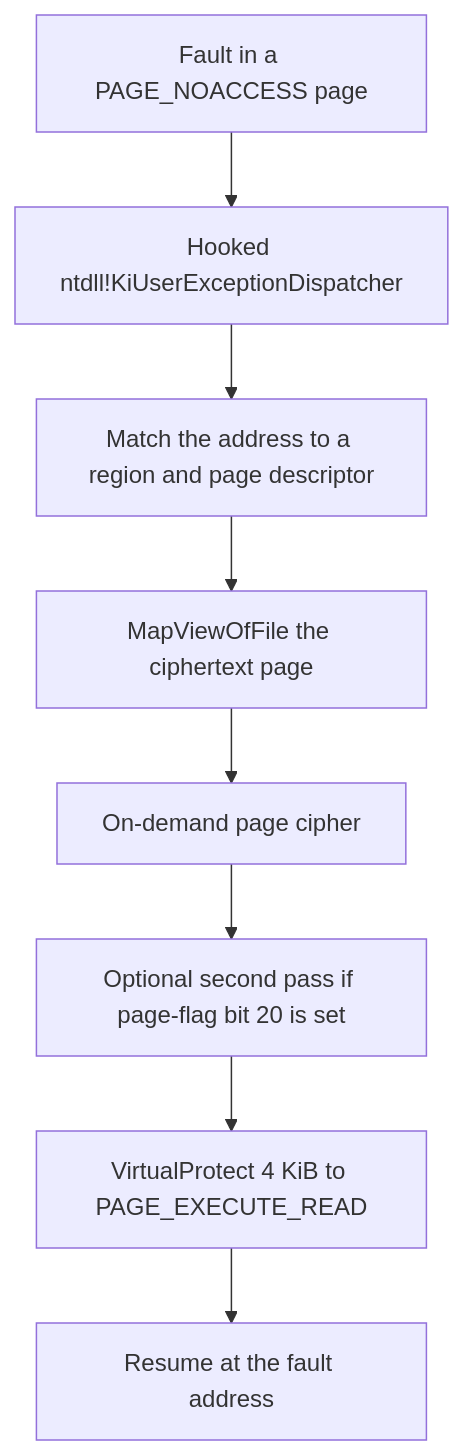
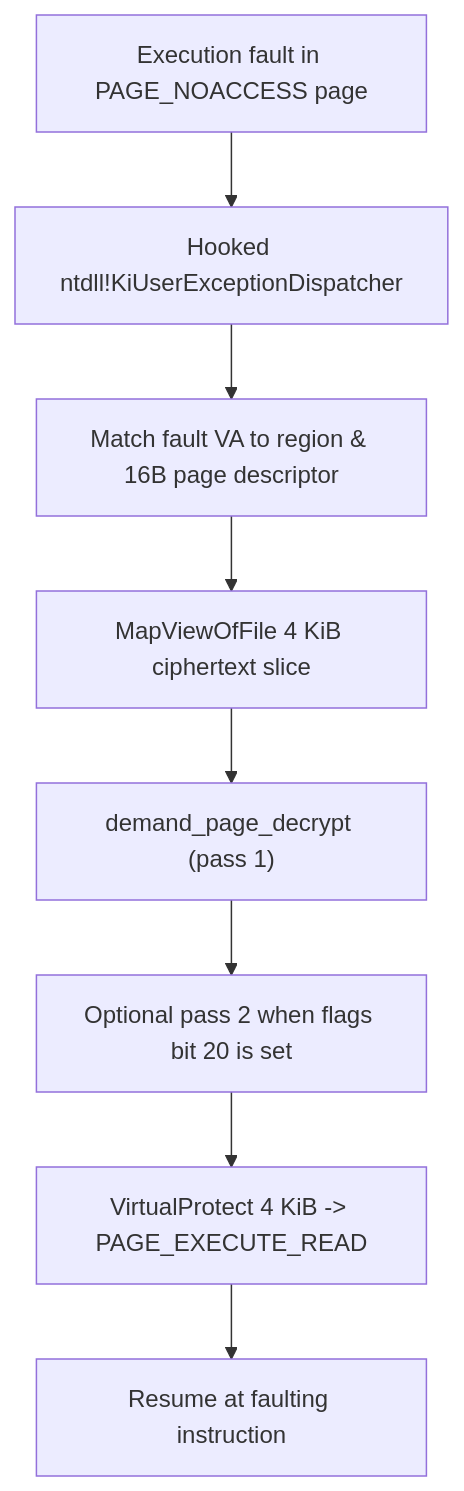
Before and after one commit to Momoko-Ayase/crackproof-research: the diagram in internals/windows/en/runtime/page-protection.md, drawn with Mermaid. The commit also changed other lines of this file and 446 other files, not shown here.

````diff
--- a/internals/windows/en/runtime/page-protection.md
+++ b/internals/windows/en/runtime/page-protection.md
@@ -25,10 +20,10 @@
 ```mermaid
 flowchart TD
-    A["Fault in a PAGE_NOACCESS page"] --> B["Hooked ntdll!KiUserExceptionDispatcher"]
-    B --> C["Match the address to a region and page descriptor"]
-    C --> D["MapViewOfFile the ciphertext page"]
-    D --> E["On-demand page cipher"]
-    E --> F["Optional second pass if page-flag bit 20 is set"]
-    F --> G["VirtualProtect 4 KiB to PAGE_EXECUTE_READ"]
-    G --> H["Resume at the fault address"]
+    A["Execution fault in PAGE_NOACCESS page"] --> B["Hooked ntdll!KiUserExceptionDispatcher"]
+    B --> C["Match fault VA to region & 16B page descriptor"]
+    C --> D["MapViewOfFile 4 KiB ciphertext slice"]
+    D --> E["demand_page_decrypt (pass 1)"]
+    E --> F["Optional pass 2 when flags bit 20 is set"]
+    F --> G["VirtualProtect 4 KiB -> PAGE_EXECUTE_READ"]
+    G --> H["Resume at faulting instruction"]
 ```
````
